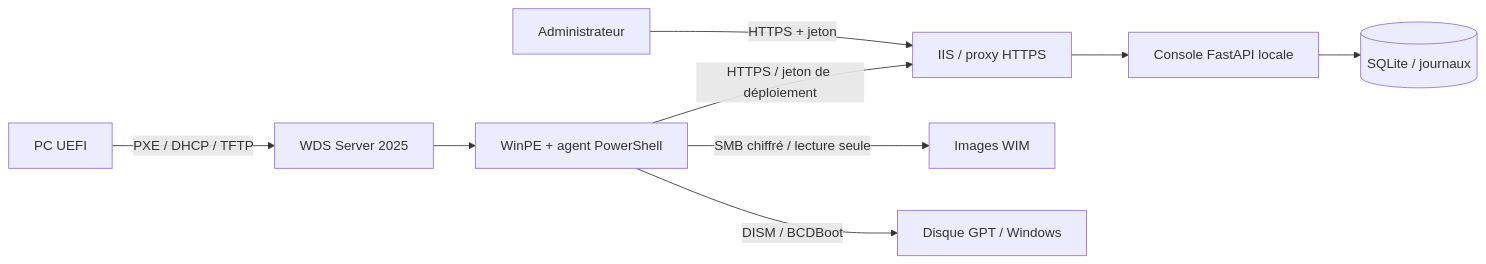
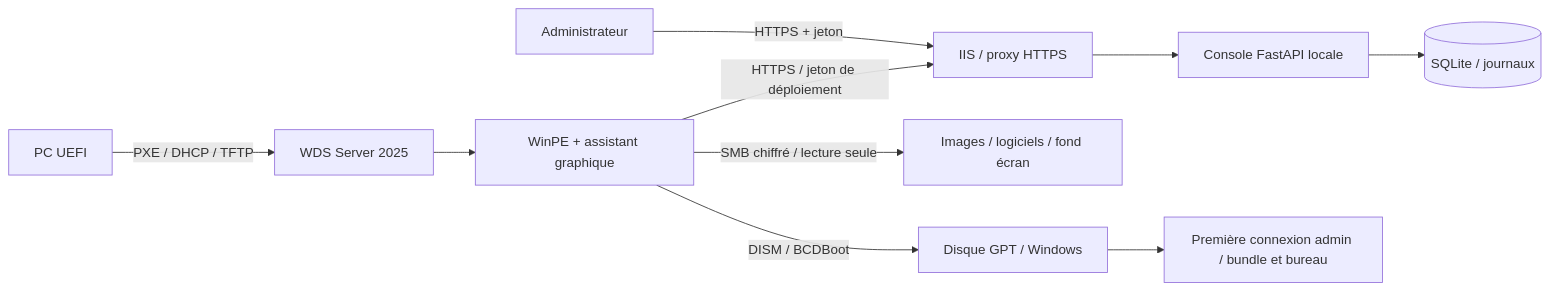
Before and after one commit to erik-iq/mdt-serveur: the diagram in README.md, drawn with Mermaid. The commit also changed other lines of this file and 24 other files, not shown here.

Commit message:
Add graphical PXE wizard, Windows customization and software bundles

````diff
--- a/README.md
+++ b/README.md
@@ -38,11 +40,12 @@
 ```mermaid
 flowchart LR
   Admin[Administrateur] -->|HTTPS + jeton| IIS[IIS / proxy HTTPS]
   IIS --> API[Console FastAPI locale]
   API --> DB[(SQLite / journaux)]
   PC[PC UEFI] -->|PXE / DHCP / TFTP| WDS[WDS Server 2025]
-  WDS --> PE[WinPE + agent PowerShell]
+  WDS --> PE[WinPE + assistant graphique]
   PE -->|HTTPS / jeton de déploiement| IIS
-  PE -->|SMB chiffré / lecture seule| WIM[Images WIM]
+  PE -->|SMB chiffré / lecture seule| WIM[Images / logiciels / fond écran]
   PE -->|DISM / BCDBoot| Disk[Disque GPT / Windows]
+  Disk --> First[Première connexion admin / bundle et bureau]
 ```
````
